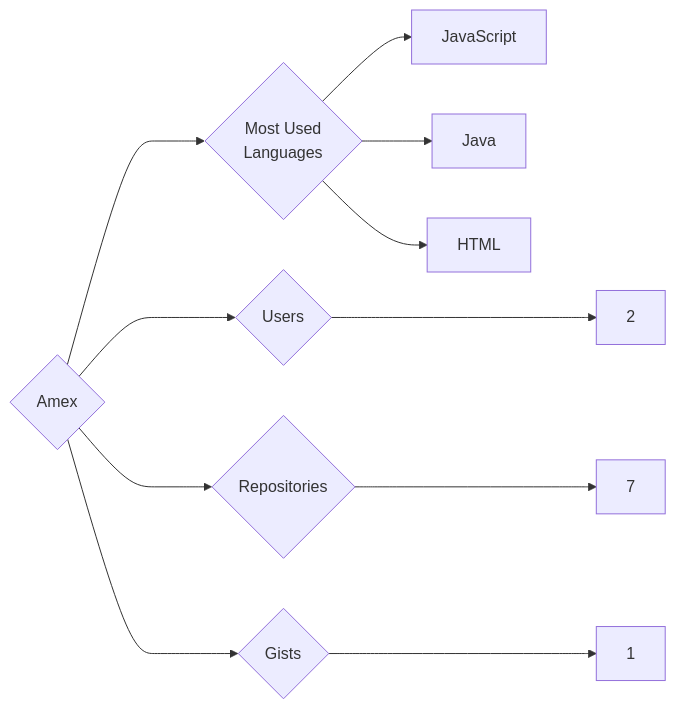
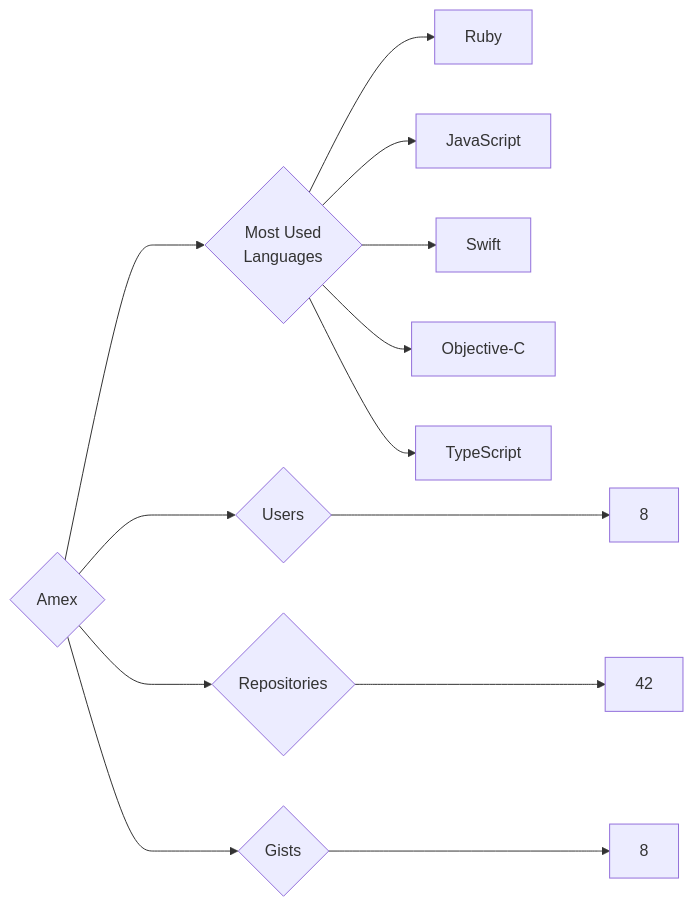
Before and after one commit to trickest/insiders: the diagram in targets/Amex/README.md, drawn with Mermaid. The commit also changed 1149 other files, not shown here.

````diff
--- a/targets/Amex/README.md
+++ b/targets/Amex/README.md
@@ -3,11 +3,13 @@
 ```mermaid
 graph LR
 COMPANY_NAME{Amex}
-COMPANY_NAME ---> U{Users} ---> UN[2]
-COMPANY_NAME ---> R{Repositories} ---> RN[7]
-COMPANY_NAME ---> G{Gists} ---> GN[1]
+COMPANY_NAME ---> U{Users} ---> UN[8]
+COMPANY_NAME ---> R{Repositories} ---> RN[42]
+COMPANY_NAME ---> G{Gists} ---> GN[8]
 COMPANY_NAME ---> ML{Most Used<br>Languages}
+ML --> Ruby[Ruby]
 ML --> JavaScript[JavaScript]
-ML --> Java[Java]
-ML --> HTML[HTML]
+ML --> Swift[Swift]
+ML --> Objective-C[Objective-C]
+ML --> TypeScript[TypeScript]
 ```
````
